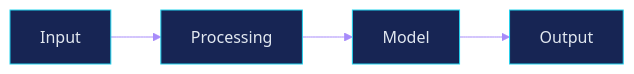
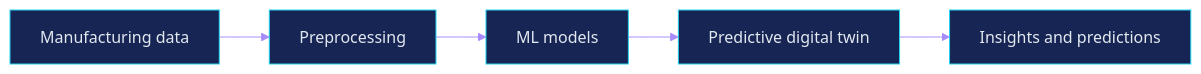
One commit to MansiTechie/MansiTechie changed the second of 2 diagrams in README.md. Above: the diagram before and after it, drawn with Mermaid. The commit also changed other lines of this file, not shown here.

````diff
--- a/README.md
+++ b/README.md
@@ -97,5 +97,5 @@
 ```mermaid
 %%{init: {'theme':'base','themeVariables':{'primaryColor':'#172554','primaryTextColor':'#E2E8F0','primaryBorderColor':'#22D3EE','lineColor':'#A78BFA','secondaryColor':'#0f172a','tertiaryColor':'#020617'}}}%%
 flowchart LR
-    A["Input"] --> B["Processing"] --> C["Model"] --> D["Output"]
+    A["Manufacturing data"] --> B["Preprocessing"] --> C["ML models"] --> D["Predictive digital twin"] --> E["Insights and predictions"]
 ```
````
